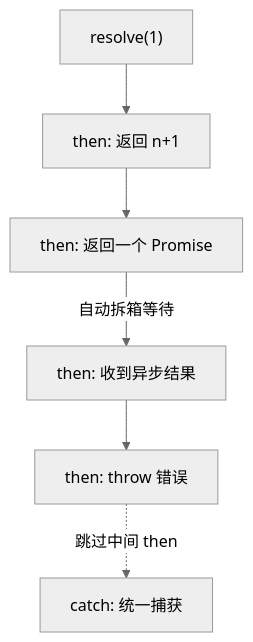
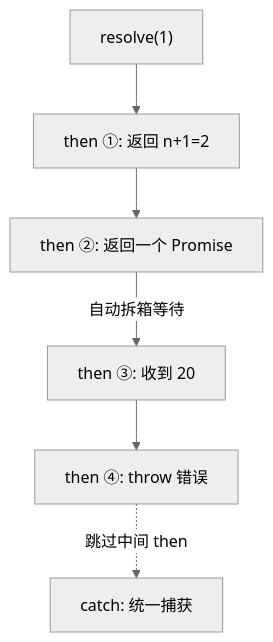
One commit to boyley/frontend-learning changed the second of 5 diagrams in 04-javascript/16-promises/README.md. Above: the diagram before and after it, drawn with Mermaid (neutral theme). The commit also changed other lines of this file and 2 other files, not shown here.

````diff
--- a/04-javascript/16-promises/README.md
+++ b/04-javascript/16-promises/README.md
@@ -53,8 +145,8 @@
 ```mermaid
 flowchart TD
-    A["resolve(1)"] --> B["then: 返回 n+1"]
-    B --> C["then: 返回一个 Promise"]
-    C -->|自动拆箱等待| D["then: 收到异步结果"]
-    D --> E["then: throw 错误"]
+    A["resolve(1)"] --> B["then ①: 返回 n+1=2"]
+    B --> C["then ②: 返回一个 Promise"]
+    C -->|自动拆箱等待| D["then ③: 收到 20"]
+    D --> E["then ④: throw 错误"]
     E -.跳过中间 then.-> F["catch: 统一捕获"]
 ```
````
